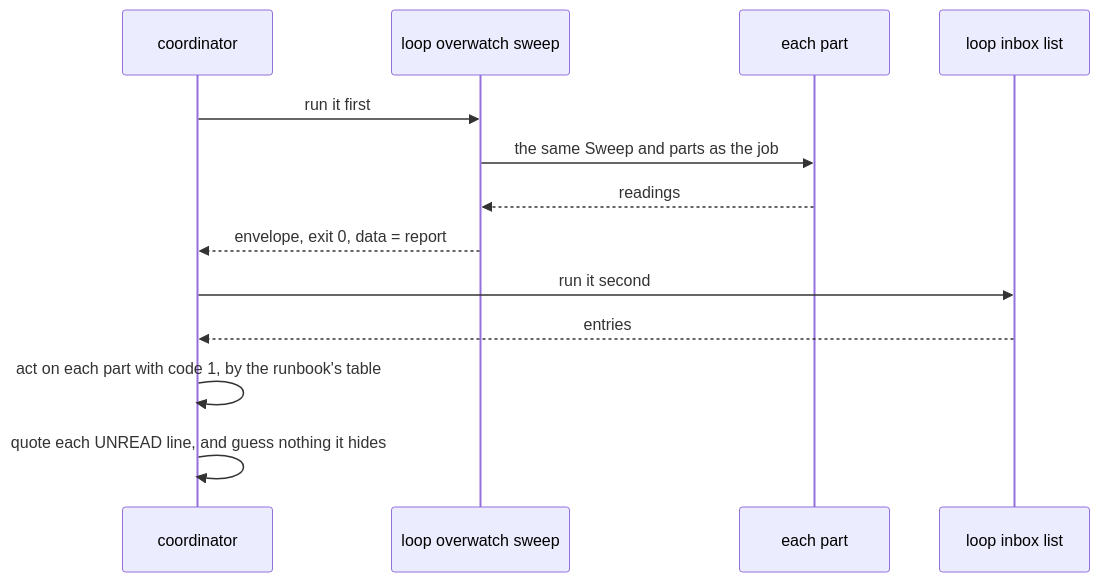
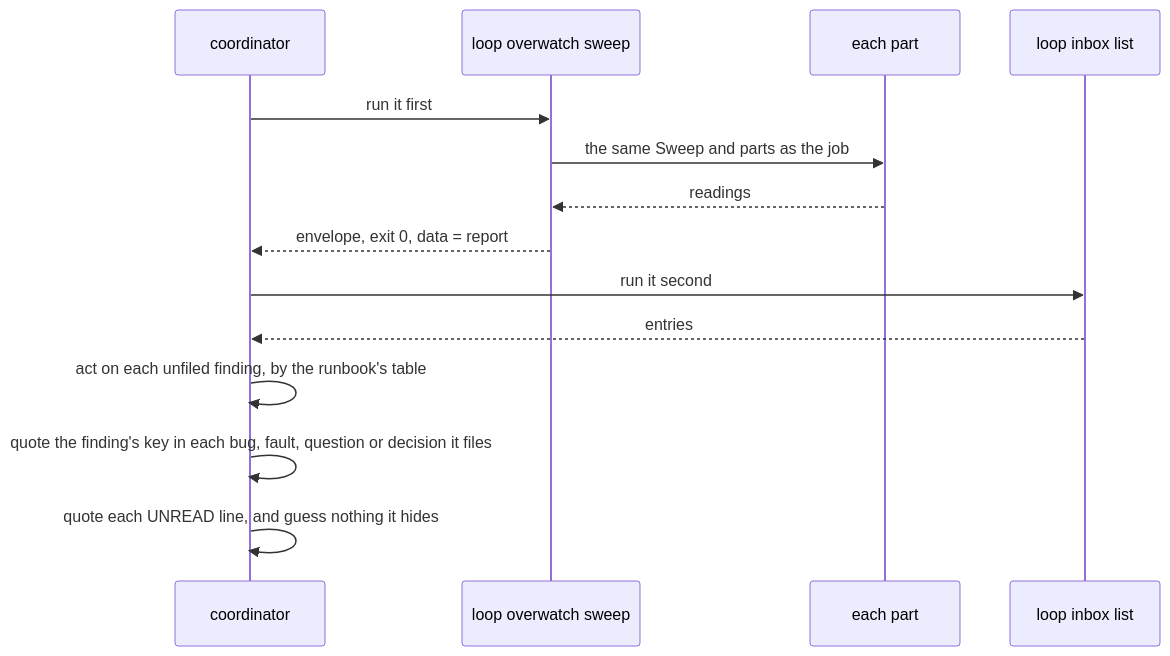
The second of 2 diagrams in docs/plans/factorio-a7r-overwatch-sweep-spec.md (iantanwx/factory), drawn with Mermaid before and after one commit. The commit also changed other lines of this file, not shown here.

````diff
--- a/docs/plans/factorio-a7r-overwatch-sweep-spec.md
+++ b/docs/plans/factorio-a7r-overwatch-sweep-spec.md
@@ -449,15 +639,16 @@
 ```mermaid
 sequenceDiagram
     participant C as coordinator
     participant V as loop overwatch sweep
     participant P as each part
     participant I as loop inbox list
     C->>V: run it first
     V->>P: the same Sweep and parts as the job
     P-->>V: readings
     V-->>C: envelope, exit 0, data = report
     C->>I: run it second
     I-->>C: entries
-    C->>C: act on each part with code 1, by the runbook's table
+    C->>C: act on each unfiled finding, by the runbook's table
+    C->>C: quote the finding's key in each bug, fault, question or decision it files
     C->>C: quote each UNREAD line, and guess nothing it hides
 ```
````
